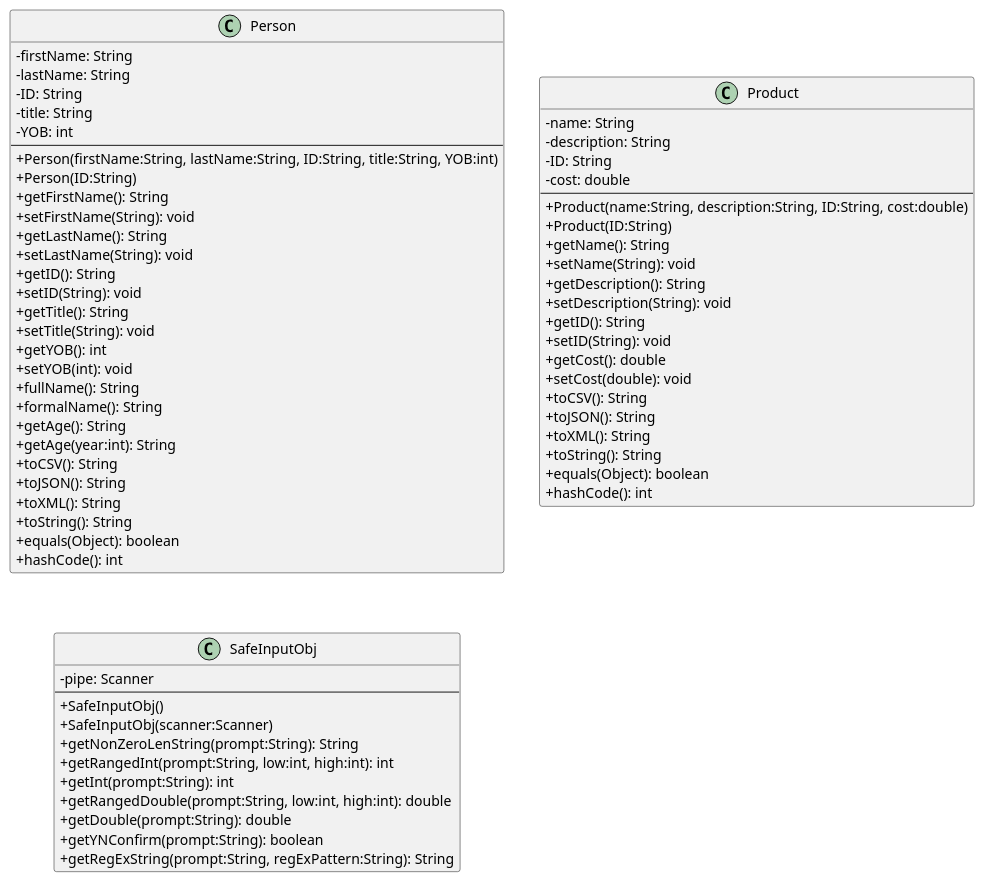
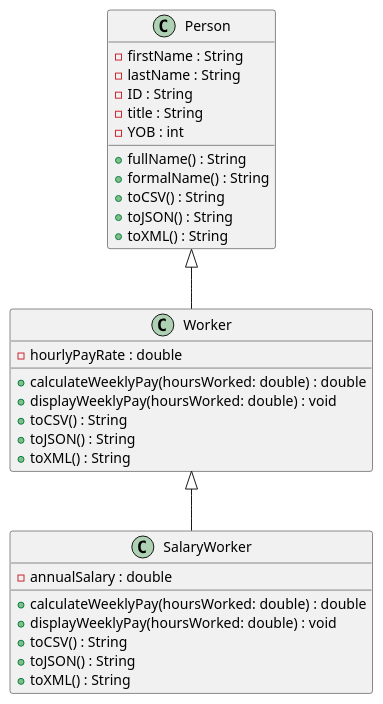
Before and after one commit to nashitakausar/Practicum01: the diagram in src/classes.puml, drawn with PlantUML. The commit also changed 8 other files, not shown here.

```diff
--- a/src/classes.puml
+++ b/src/classes.puml
@@ -1,73 +1,35 @@
 @startuml
-skinparam backgroundColor white
-skinparam classAttributeIconSize 0
-
 class Person {
-  - firstName: String
-  - lastName: String
-  - ID: String
-  - title: String
-  - YOB: int
-  --
-  + Person(firstName:String, lastName:String, ID:String, title:String, YOB:int)
-  + Person(ID:String)
-  + getFirstName(): String
-  + setFirstName(String): void
-  + getLastName(): String
-  + setLastName(String): void
-  + getID(): String
-  + setID(String): void
-  + getTitle(): String
-  + setTitle(String): void
-  + getYOB(): int
-  + setYOB(int): void
-  + fullName(): String
-  + formalName(): String
-  + getAge(): String
-  + getAge(year:int): String
-  + toCSV(): String
-  + toJSON(): String
-  + toXML(): String
-  + toString(): String
-  + equals(Object): boolean
-  + hashCode(): int
+  - firstName : String
+  - lastName : String
+  - ID : String
+  - title : String
+  - YOB : int
+  + fullName() : String
+  + formalName() : String
+  + toCSV() : String
+  + toJSON() : String
+  + toXML() : String
 }
 
-class Product {
-  - name: String
-  - description: String
-  - ID: String
-  - cost: double
-  --
-  + Product(name:String, description:String, ID:String, cost:double)
-  + Product(ID:String)
-  + getName(): String
-  + setName(String): void
-  + getDescription(): String
-  + setDescription(String): void
-  + getID(): String
-  + setID(String): void
-  + getCost(): double
-  + setCost(double): void
-  + toCSV(): String
-  + toJSON(): String
-  + toXML(): String
-  + toString(): String
-  + equals(Object): boolean
-  + hashCode(): int
+class Worker {
+  - hourlyPayRate : double
+  + calculateWeeklyPay(hoursWorked: double) : double
+  + displayWeeklyPay(hoursWorked: double) : void
+  + toCSV() : String
+  + toJSON() : String
+  + toXML() : String
 }
 
-class SafeInputObj {
-  - pipe: Scanner
-  --
-  + SafeInputObj()
-  + SafeInputObj(scanner:Scanner)
-  + getNonZeroLenString(prompt:String): String
-  + getRangedInt(prompt:String, low:int, high:int): int
-  + getInt(prompt:String): int
-  + getRangedDouble(prompt:String, low:int, high:int): double
-  + getDouble(prompt:String): double
-  + getYNConfirm(prompt:String): boolean
-  + getRegExString(prompt:String, regExPattern:String): String
+class SalaryWorker {
+  - annualSalary : double
+  + calculateWeeklyPay(hoursWorked: double) : double
+  + displayWeeklyPay(hoursWorked: double) : void
+  + toCSV() : String
+  + toJSON() : String
+  + toXML() : String
 }
+
+Person <|-- Worker
+Worker <|-- SalaryWorker
 @enduml
```
